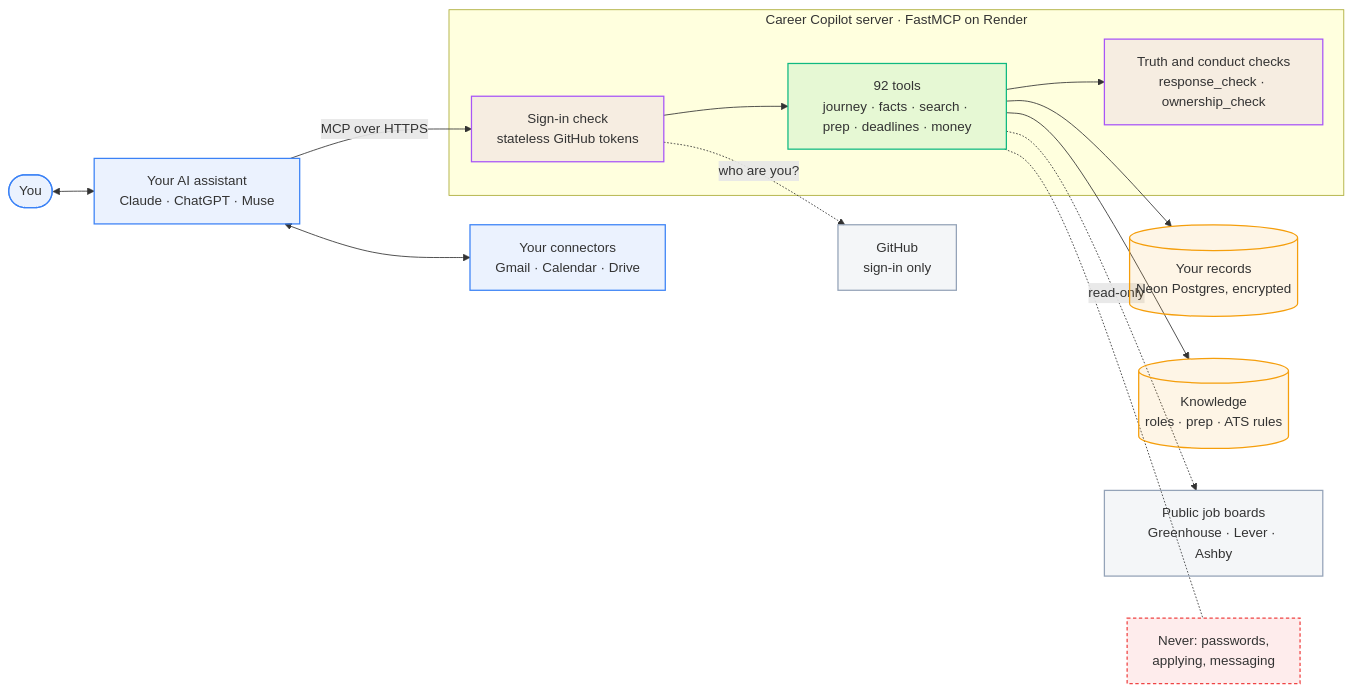
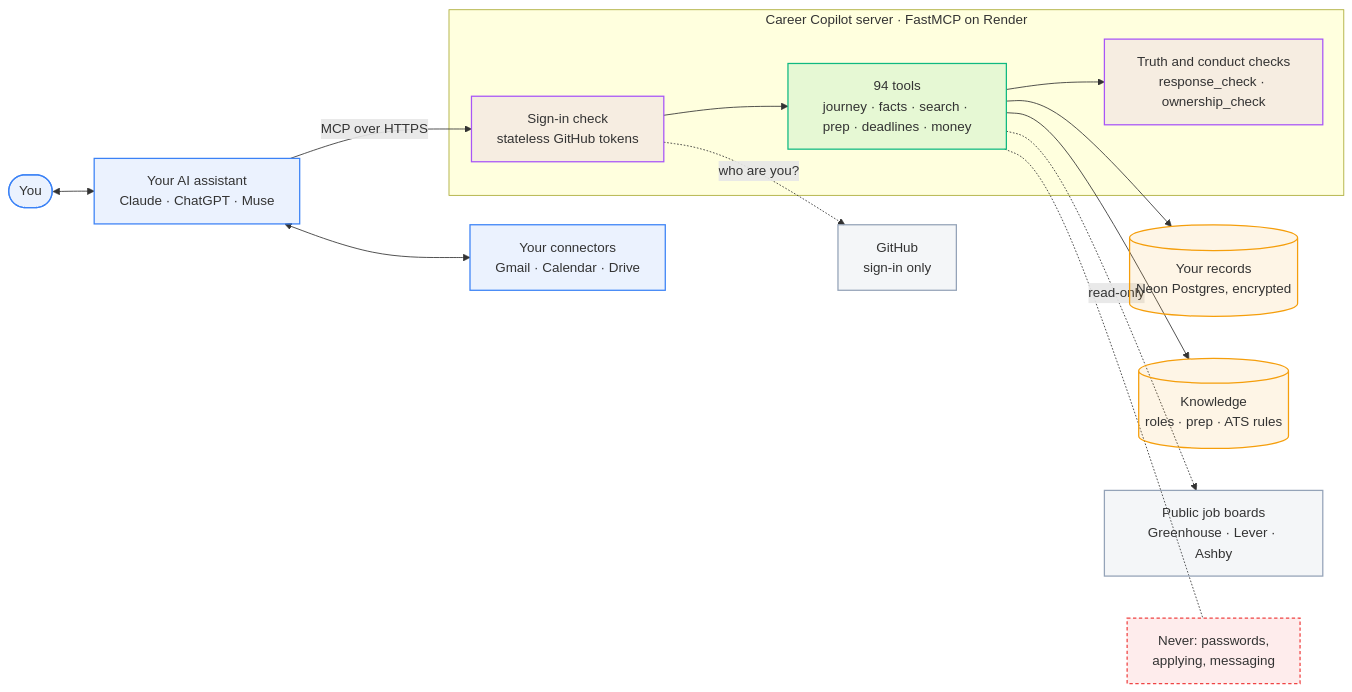
Before and after one commit to TusharSamantaray/career-copilot-mcp: the first of 8 diagrams in docs/ARCHITECTURE.md, drawn with Mermaid. The commit also changed 14 other files, not shown here.

````diff
--- a/docs/ARCHITECTURE.md
+++ b/docs/ARCHITECTURE.md
@@ -42,35 +42,35 @@
 ```mermaid
 flowchart LR
   classDef person fill:#3B82F61A,stroke:#3B82F6,stroke-width:1.5px
   classDef copilot fill:#10B9811A,stroke:#10B981,stroke-width:1.5px
   classDef store fill:#F59E0B1A,stroke:#F59E0B,stroke-width:1.5px
   classDef ext fill:#94A3B81A,stroke:#94A3B8,stroke-width:1.5px
   classDef guard fill:#A855F71A,stroke:#A855F7,stroke-width:1.5px
   classDef never fill:#EF44441A,stroke:#EF4444,stroke-width:1.5px,stroke-dasharray:4 3
 
   you(["You"]):::person
   ai["Your AI assistant<br/>Claude · ChatGPT · Muse"]:::person
   own["Your connectors<br/>Gmail · Calendar · Drive"]:::person
 
   subgraph server["Career Copilot server · FastMCP on Render"]
     auth["Sign-in check<br/>stateless GitHub tokens"]:::guard
-    tools["92 tools<br/>journey · facts · search · prep · deadlines · money"]:::copilot
+    tools["94 tools<br/>journey · facts · search · prep · deadlines · money"]:::copilot
     checks["Truth and conduct checks<br/>response_check · ownership_check"]:::guard
   end
 
   db[("Your records<br/>Neon Postgres, encrypted")]:::store
   kb[("Knowledge<br/>roles · prep · ATS rules")]:::store
   gh["GitHub<br/>sign-in only"]:::ext
   boards["Public job boards<br/>Greenhouse · Lever · Ashby"]:::ext
   never["Never: passwords,<br/>applying, messaging"]:::never
 
   you <--> ai
   ai <--> own
   ai -- "MCP over HTTPS" --> auth --> tools
   tools --> checks
   tools --> db
   tools --> kb
   auth -. "who are you?" .-> gh
   tools -. "read-only" .-> boards
   tools -.- never
 ```
````
